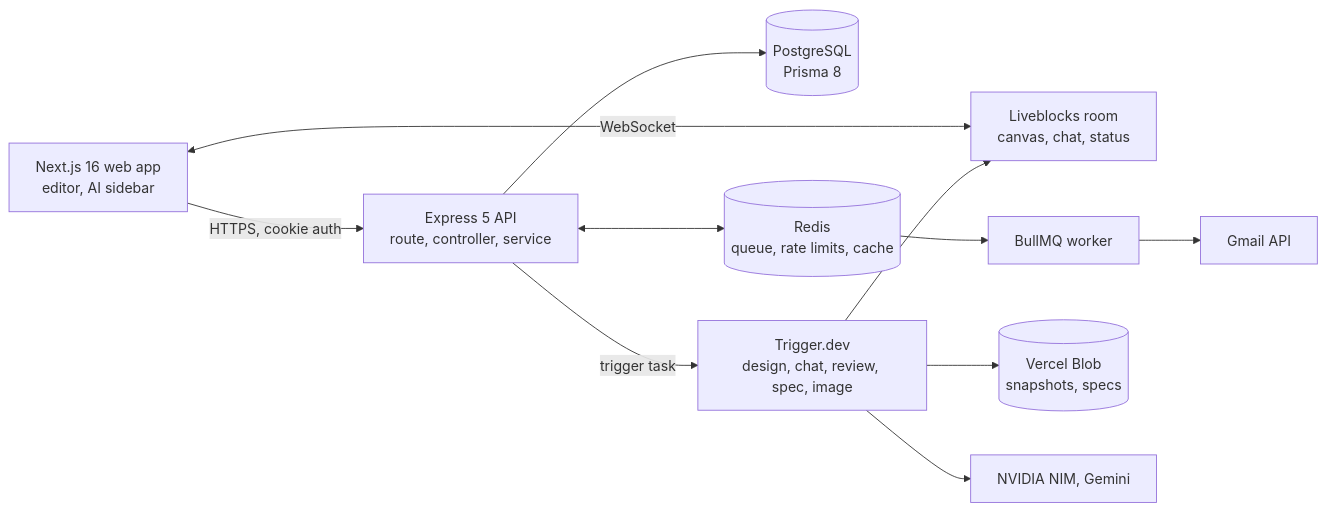
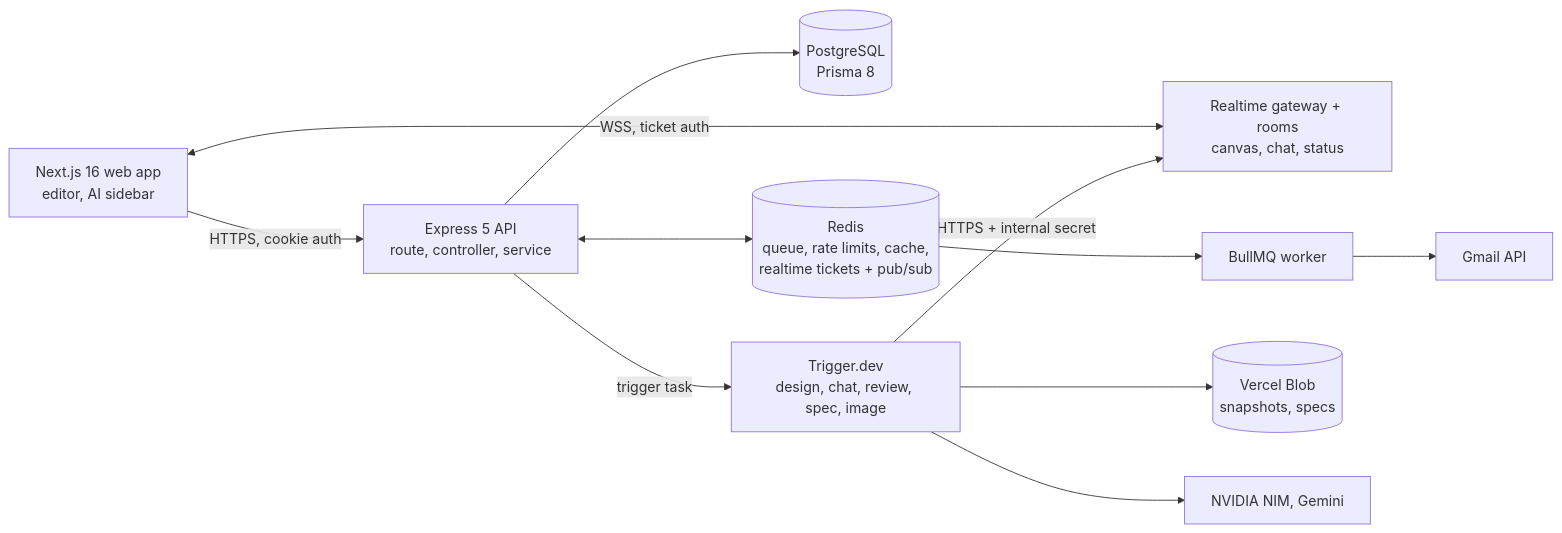
One commit to venkateshg12/ghost-ai changed the first of 5 diagrams in README.md. Above: the diagram before and after it, drawn with Mermaid. The commit also changed other lines of this file and 2 other files, not shown here.

````diff
--- a/README.md
+++ b/README.md
@@ -47,12 +48,12 @@
 ```mermaid
 flowchart LR
     Web["Next.js 16 web app<br/>editor, AI sidebar"] -->|"HTTPS, cookie auth"| API["Express 5 API<br/>route, controller, service"]
-    Web <-->|WebSocket| LB["Liveblocks room<br/>canvas, chat, status"]
+    Web <-->|"WSS, ticket auth"| LB["Realtime gateway + rooms<br/>canvas, chat, status"]
     API --> PG[("PostgreSQL<br/>Prisma 8")]
-    API <--> Redis[("Redis<br/>queue, rate limits, cache")]
+    API <--> Redis[("Redis<br/>queue, rate limits, cache,<br/>realtime tickets + pub/sub")]
     Redis --> Worker["BullMQ worker"] --> Gmail["Gmail API"]
     API -->|trigger task| TD["Trigger.dev<br/>design, chat, review, spec, image"]
-    TD --> LB
+    TD -->|"HTTPS + internal secret"| LB
     TD --> Blob[("Vercel Blob<br/>snapshots, specs")]
     TD --> AI["NVIDIA NIM, Gemini"]
 ```
````
